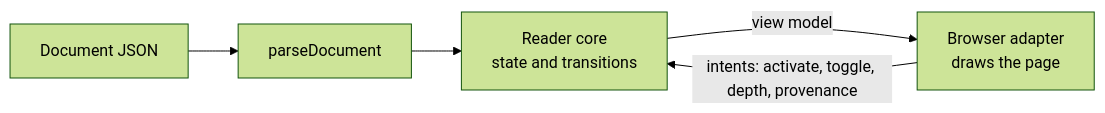
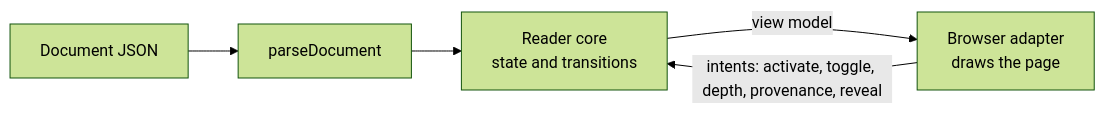
The first of 3 diagrams in README.md (channingwalton/elastic-documents), drawn with Mermaid (forest theme) before and after one commit. The commit also changed other lines of this file and 21 other files, not shown here.

````diff
--- a/README.md
+++ b/README.md
@@ -163,7 +193,7 @@
 ```mermaid
 flowchart LR
     J[Document JSON] --> P[parseDocument]
     P --> R[Reader core<br/>state and transitions]
     R -->|view model| B[Browser adapter<br/>draws the page]
-    B -->|intents: activate, toggle, depth, provenance| R
+    B -->|intents: activate, toggle, depth, provenance, reveal| R
 ```
````
